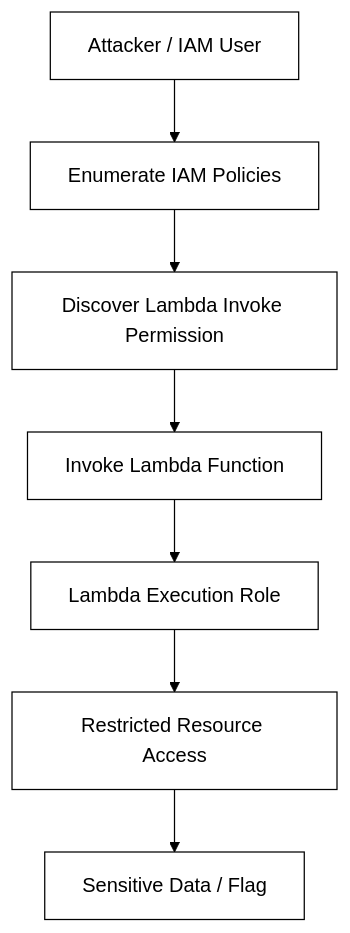
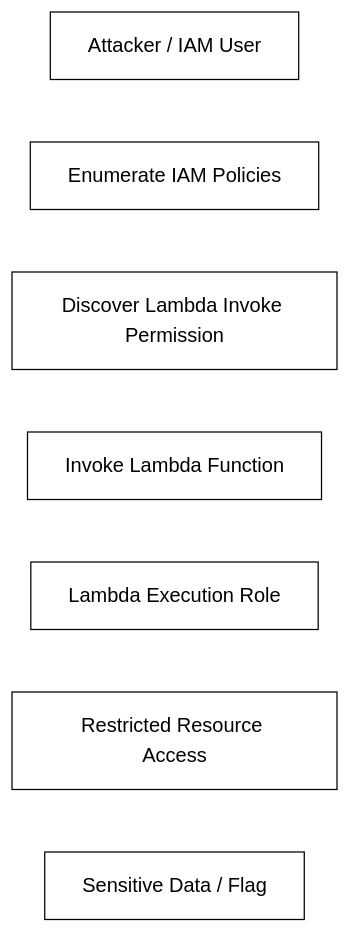
One commit to ashrithpeechara/infinity_learning changed the first of 2 diagrams in Cloud_Security/Lambda Escalation/question.md. Above: the diagram before and after it, drawn with Mermaid. The commit also changed 1 other file, not shown here.

Commit message:
Lambda Escalation css

````diff
--- a/Cloud_Security/Lambda Escalation/question.md
+++ b/Cloud_Security/Lambda Escalation/question.md
@@ -61,28 +61,28 @@
 ```mermaid
 %%{init: {'theme':'base','themeVariables':{
 'primaryColor':'#ffffff',
-'primaryTextColor':'#000000',
-'primaryBorderColor':'#000000',
-'lineColor':'#000000',
+'primaryTextColor':'#ff0000',
+'primaryBorderColor':'#ffffff',
+'lineColor':'#ffffff',
 'secondaryColor':'#ffffff',
 'tertiaryColor':'#ffffff',
 'background':'#ffffff'
 }}}%%
 
 flowchart TD
 
 A[Attacker / IAM User] --> B[Enumerate IAM Policies]
 B --> C[Discover Lambda Invoke Permission]
 C --> D[Invoke Lambda Function]
 D --> E[Lambda Execution Role]
 E --> F[Restricted Resource Access]
 F --> G[Sensitive Data / Flag]
 
 style A fill:#ffffff,stroke:#000000,color:#000000
 style B fill:#ffffff,stroke:#000000,color:#000000
 style C fill:#ffffff,stroke:#000000,color:#000000
 style D fill:#ffffff,stroke:#000000,color:#000000
 style E fill:#ffffff,stroke:#000000,color:#000000
 style F fill:#ffffff,stroke:#000000,color:#000000
 style G fill:#ffffff,stroke:#000000,color:#000000
 ```
````
